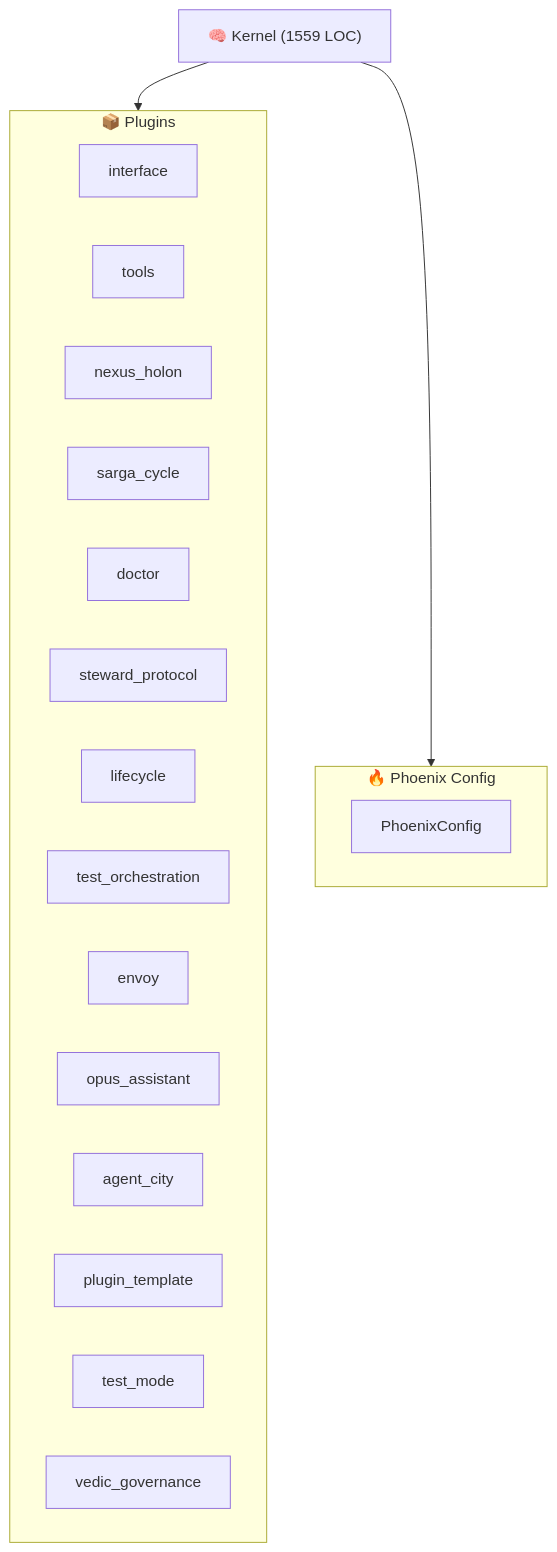
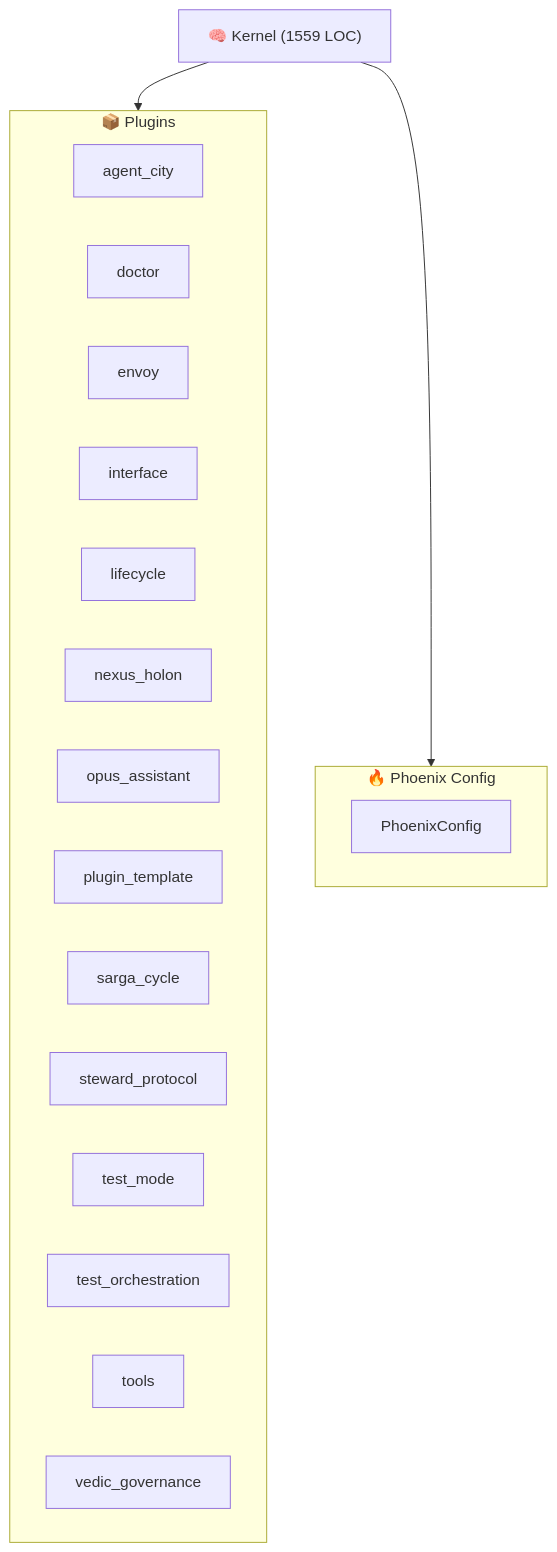
One commit to kimeisele/steward-protocol changed the diagram in ARCHITECTURE.md. Above: the diagram before and after it, drawn with Mermaid. The commit also changed other lines of this file and 13 other files, not shown here.

````diff
--- a/ARCHITECTURE.md
+++ b/ARCHITECTURE.md
@@ -8,25 +8,25 @@
 ```mermaid
 graph TB
     K["🧠 Kernel (1559 LOC)"]
     subgraph Plugins["📦 Plugins"]
+        P_agent_city["agent_city"]
+        P_doctor["doctor"]
+        P_envoy["envoy"]
         P_interface["interface"]
+        P_lifecycle["lifecycle"]
+        P_nexus_holon["nexus_holon"]
+        P_opus_assistant["opus_assistant"]
+        P_plugin_template["plugin_template"]
+        P_sarga_cycle["sarga_cycle"]
+        P_steward_protocol["steward_protocol"]
+        P_test_mode["test_mode"]
+        P_test_orchestration["test_orchestration"]
         P_tools["tools"]
-        P_nexus_holon["nexus_holon"]
-        P_sarga_cycle["sarga_cycle"]
-        P_doctor["doctor"]
-        P_steward_protocol["steward_protocol"]
-        P_lifecycle["lifecycle"]
-        P_test_orchestration["test_orchestration"]
-        P_envoy["envoy"]
-        P_opus_assistant["opus_assistant"]
-        P_agent_city["agent_city"]
-        P_plugin_template["plugin_template"]
-        P_test_mode["test_mode"]
         P_vedic_governance["vedic_governance"]
     end
     K --> Plugins
     subgraph Config["🔥 Phoenix Config"]
         PC[PhoenixConfig]
     end
     K --> Config
 ```
````
